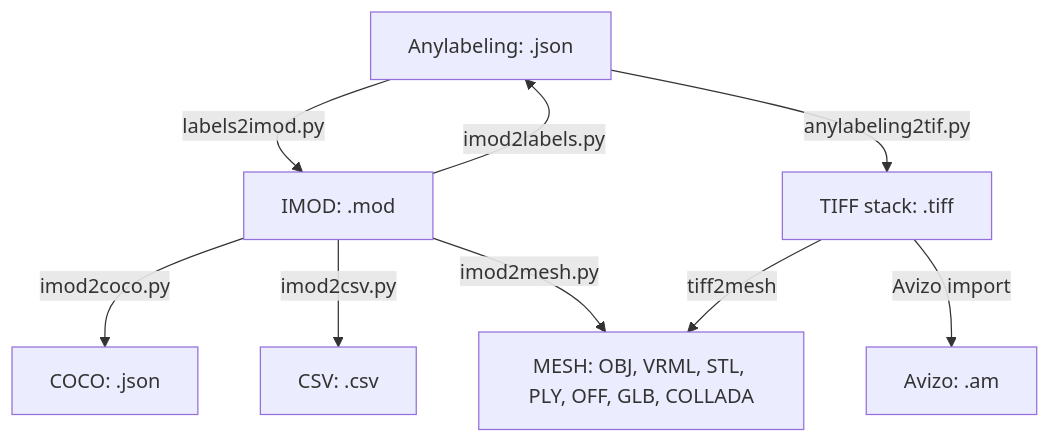
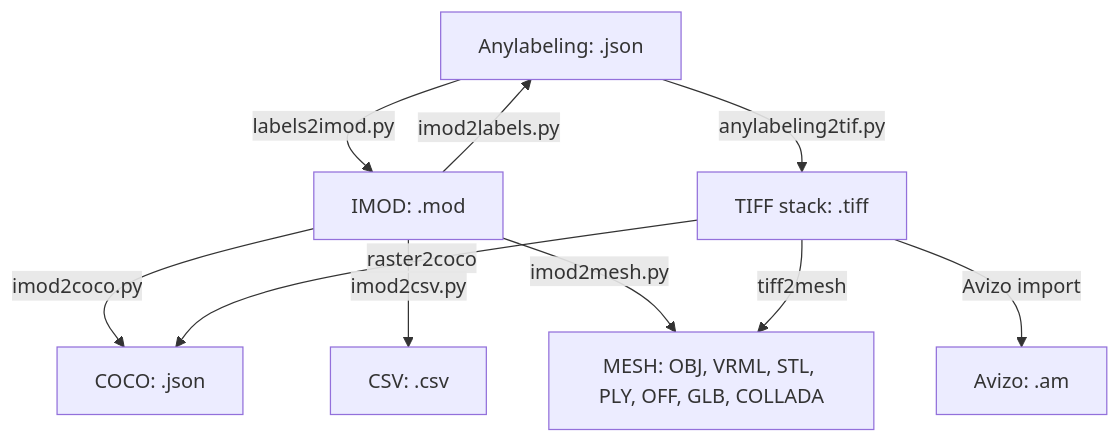
One commit to Sydney-Informatics-Hub/Microscopy-Segmentation changed the diagram in tools/README.md. Above: the diagram before and after it, drawn with Mermaid. The commit also changed other lines of this file, not shown here.

Commit message:
Add raster2coco

````diff
--- a/tools/README.md
+++ b/tools/README.md
@@ -21,21 +21,22 @@
 ```mermaid
 
 graph TD
     anylabel[Anylabeling: .json]
     imod[IMOD: .mod]
     coco[COCO: .json]
     mesh[MESH: OBJ, VRML, STL, PLY, OFF, GLB, COLLADA]
     csv[CSV: .csv]
     tiff[TIFF stack: .tiff]
     avizo[Avizo: .am]
     
     imod-- imod2coco.py -->coco
     imod-- imod2csv.py -->csv 
     imod-- imod2labels.py -->anylabel
     imod-- imod2mesh.py -->mesh 
     anylabel-- labels2imod.py -->imod
     anylabel-- anylabeling2tif.py -->tiff
     tiff-- Avizo import -->avizo
     tiff-- tiff2mesh -->mesh
+    tiff-- raster2coco --> coco
 
 ```
````
